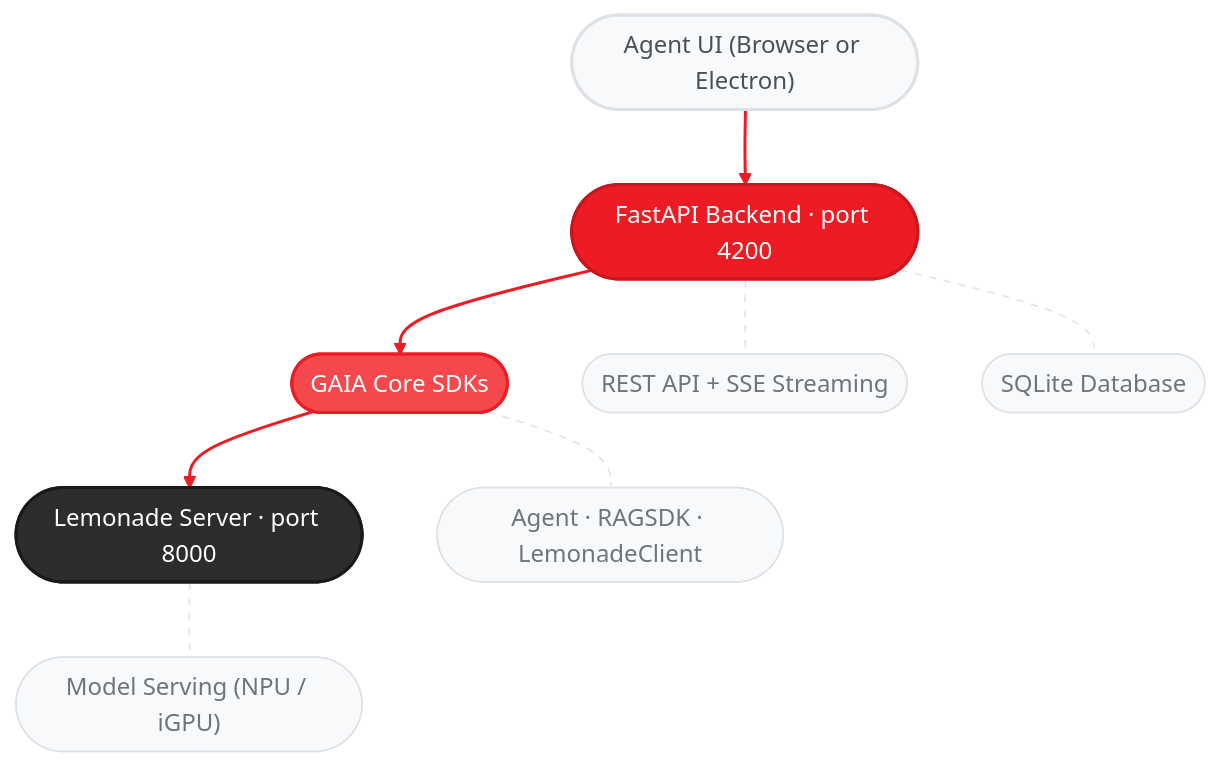
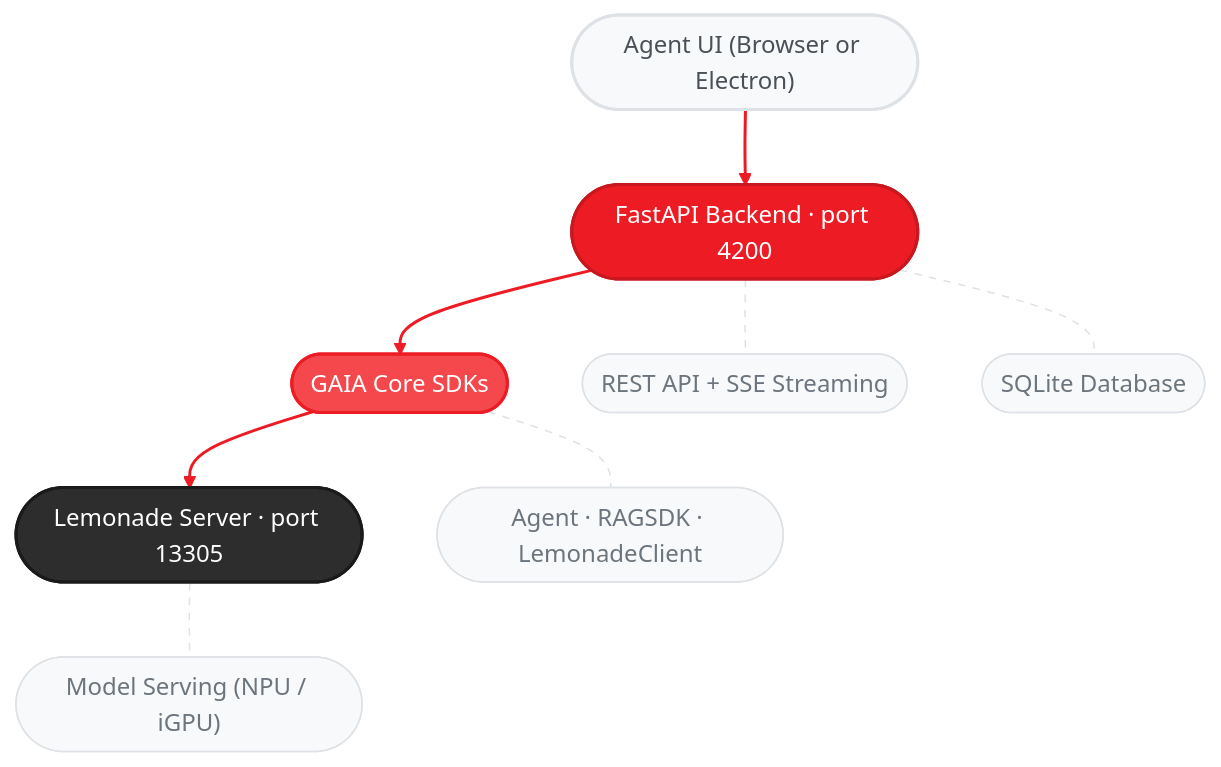
Before and after one commit to amd/gaia: the diagram in docs/guides/agent-ui.mdx, drawn with Mermaid. The commit also changed other lines of this file and 10 other files, not shown here.

````diff
--- a/docs/guides/agent-ui.mdx
+++ b/docs/guides/agent-ui.mdx
@@ -354,24 +354,24 @@
 ```mermaid
 %%{init: {'theme':'base', 'themeVariables': { 'primaryColor':'#ED1C24', 'primaryTextColor':'#fff', 'primaryBorderColor':'#C8171E', 'lineColor':'#F4484D', 'secondaryColor':'#2d2d2d', 'tertiaryColor':'#f5f5f5', 'fontFamily': 'system-ui, -apple-system, sans-serif'}}}%%
 flowchart TD
     A(["Agent UI (Browser or Electron)"]) --> B(["FastAPI Backend · port 4200"])
     B --> C(["GAIA Core SDKs"])
-    C --> D(["Lemonade Server · port 8000"])
+    C --> D(["Lemonade Server · port 13305"])
 
     B -.- E(["REST API + SSE Streaming"])
     B -.- F(["SQLite Database"])
     C -.- G(["Agent · RAGSDK · LemonadeClient"])
     D -.- H(["Model Serving (NPU / iGPU)"])
 
     style A fill:#f8f9fa,stroke:#dee2e6,stroke-width:2px,color:#495057
     style B fill:#ED1C24,stroke:#C8171E,stroke-width:2px,color:#fff
     style C fill:#F4484D,stroke:#ED1C24,stroke-width:2px,color:#fff
     style D fill:#2d2d2d,stroke:#1a1a1a,stroke-width:2px,color:#fff
     style E fill:#f8f9fa,stroke:#dee2e6,stroke-width:1px,color:#6c757d
     style F fill:#f8f9fa,stroke:#dee2e6,stroke-width:1px,color:#6c757d
     style G fill:#f8f9fa,stroke:#dee2e6,stroke-width:1px,color:#6c757d
     style H fill:#f8f9fa,stroke:#dee2e6,stroke-width:1px,color:#6c757d
 
     linkStyle 0,1,2 stroke:#ED1C24,stroke-width:2px
     linkStyle 3,4,5,6 stroke:#dee2e6,stroke-width:1px,stroke-dasharray:5
 ```
````
